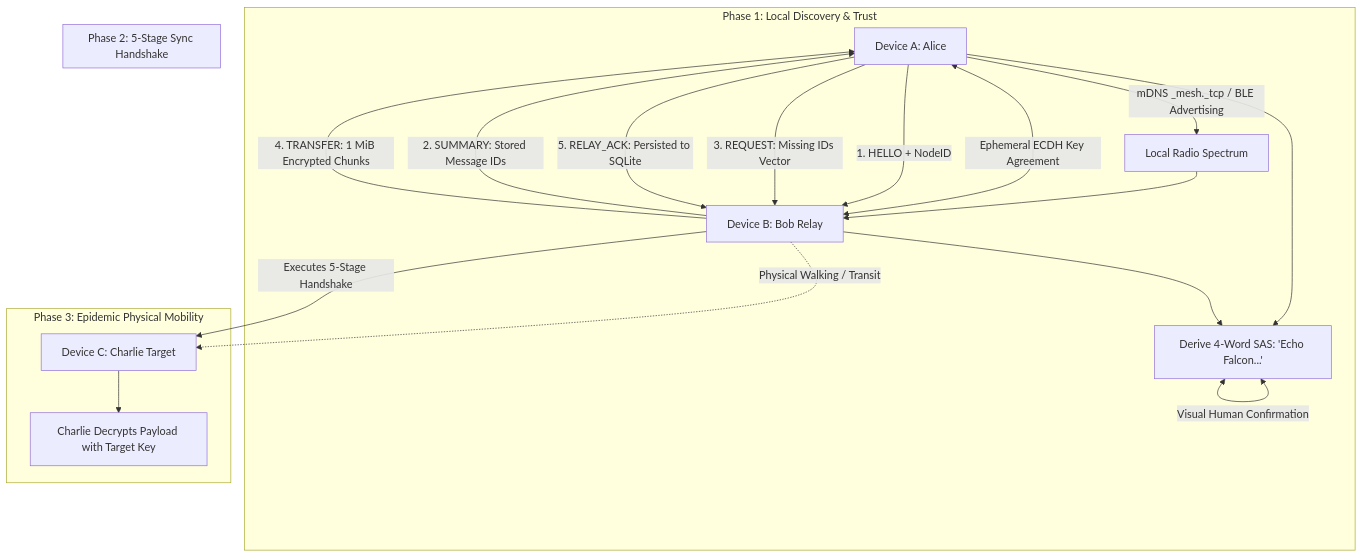
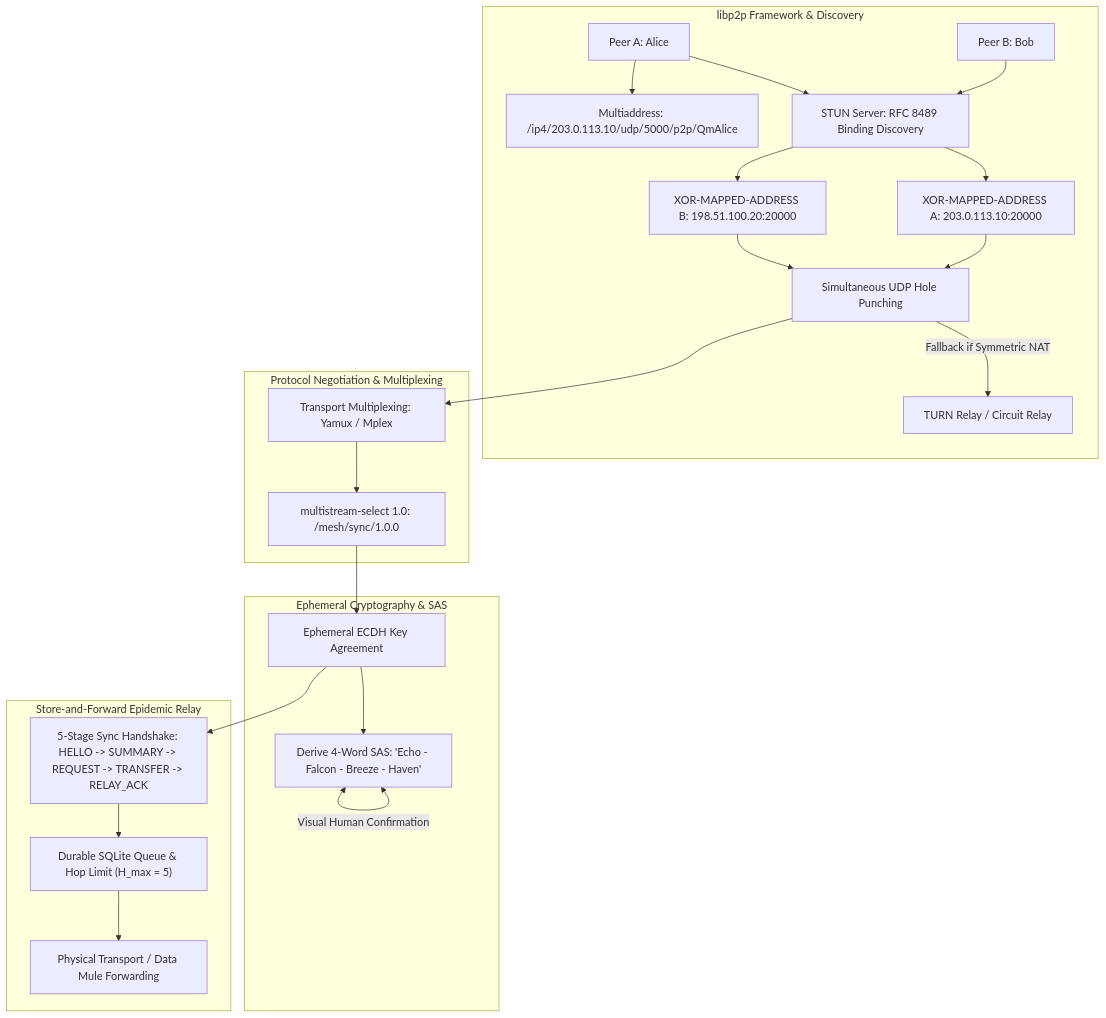
Before and after one commit to MasterZ1311/Dev-AURA: the diagram in docs/learning-paths/07-p2p-mesh-and-edge-rf-sensing/02-local-mesh-relaying-and-store-and-forward.md, drawn with Mermaid. The commit also changed other lines of this file and 48 other files, not shown here.

````diff
--- a/docs/learning-paths/07-p2p-mesh-and-edge-rf-sensing/02-local-mesh-relaying-and-store-and-forward.md
+++ b/docs/learning-paths/07-p2p-mesh-and-edge-rf-sensing/02-local-mesh-relaying-and-store-and-forward.md
@@ -36,25 +49,29 @@
 ```mermaid
 graph TD
-    subgraph Phase 1: Local Discovery & Trust
-        DeviceA[Device A: Alice] -->|mDNS _mesh._tcp / BLE Advertising| RadioAir[Local Radio Spectrum]
-        RadioAir --> DeviceB[Device B: Bob Relay]
-        DeviceA <-->|Ephemeral ECDH Key Agreement| DeviceB
-        DeviceA --> SAS["Derive 4-Word SAS: 'Echo Falcon...'"]
-        DeviceB --> SAS
+    subgraph libp2p Framework & Discovery
+        PeerA[Peer A: Alice] --> Multiaddr["Multiaddress: /ip4/203.0.113.10/udp/5000/p2p/QmAlice"]
+        PeerB[Peer B: Bob] --> STUN["STUN Server: RFC 8489 Binding Discovery"]
+        PeerA --> STUN
+        STUN --> ReflexiveA["XOR-MAPPED-ADDRESS A: 203.0.113.10:20000"]
+        STUN --> ReflexiveB["XOR-MAPPED-ADDRESS B: 198.51.100.20:20000"]
+        ReflexiveA & ReflexiveB --> HolePunch["Simultaneous UDP Hole Punching"]
+        HolePunch -->|Fallback if Symmetric NAT| TURN["TURN Relay / Circuit Relay"]
+    end
+
+    subgraph Protocol Negotiation & Multiplexing
+        HolePunch --> StreamMux["Transport Multiplexing: Yamux / Mplex"]
+        StreamMux --> Multistream["multistream-select 1.0: /mesh/sync/1.0.0"]
+    end
+
+    subgraph Ephemeral Cryptography & SAS
+        Multistream --> KeyAgree["Ephemeral ECDH Key Agreement"]
+        KeyAgree --> SAS["Derive 4-Word SAS: 'Echo - Falcon - Breeze - Haven'"]
         SAS <-->|Visual Human Confirmation| SAS
     end
-    
-    subgraph Phase 2: 5-Stage Sync Handshake
-        DeviceA -->|1. HELLO + NodeID| DeviceB
-        DeviceB -->|2. SUMMARY: Stored Message IDs| DeviceA
-        DeviceA -->|3. REQUEST: Missing IDs Vector| DeviceB
-        DeviceB -->|4. TRANSFER: 1 MiB Encrypted Chunks| DeviceA
-        DeviceA -->|5. RELAY_ACK: Persisted to SQLite| DeviceB
-    end
-    
-    subgraph Phase 3: Epidemic Physical Mobility
-        DeviceB -.->|Physical Walking / Transit| DeviceC[Device C: Charlie Target]
-        DeviceB -->|Executes 5-Stage Handshake| DeviceC
-        DeviceC --> TargetDecrypted["Charlie Decrypts Payload with Target Key"]
+
+    subgraph Store-and-Forward Epidemic Relay
+        KeyAgree --> SyncEngine["5-Stage Sync Handshake: HELLO -> SUMMARY -> REQUEST -> TRANSFER -> RELAY_ACK"]
+        SyncEngine --> DurableVault["Durable SQLite Queue & Hop Limit (H_max = 5)"]
+        DurableVault --> DataMule["Physical Transport / Data Mule Forwarding"]
     end
 ```
````
